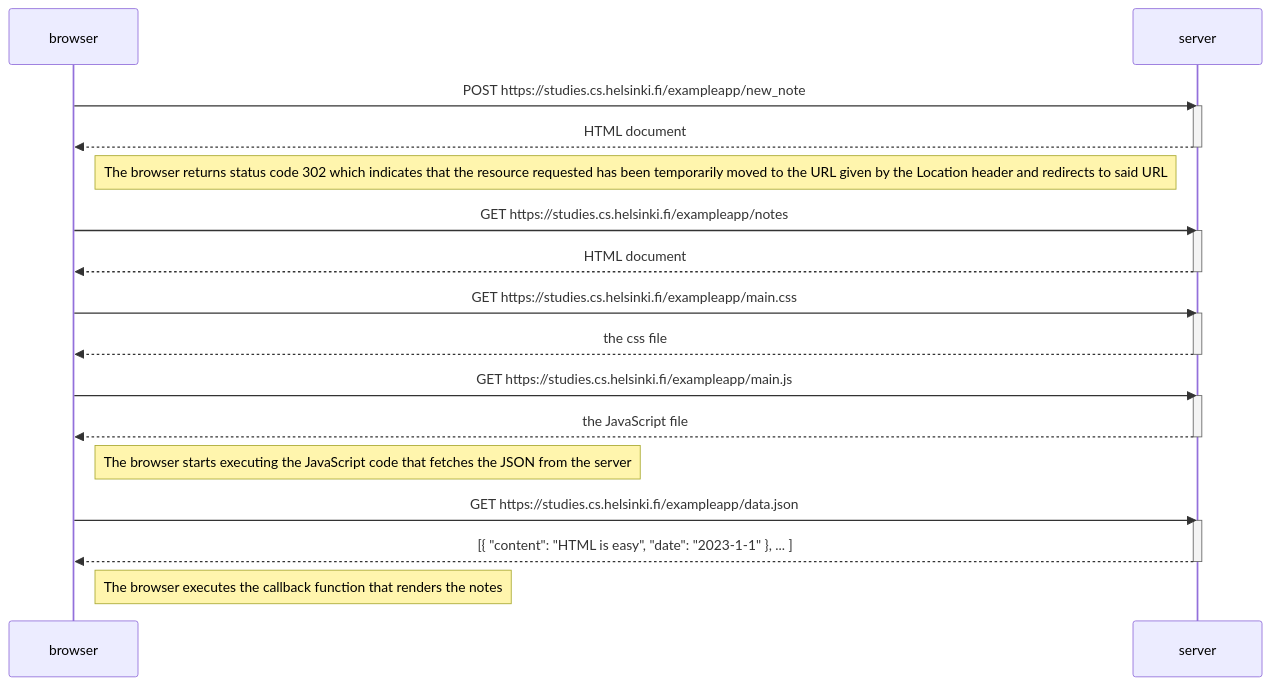
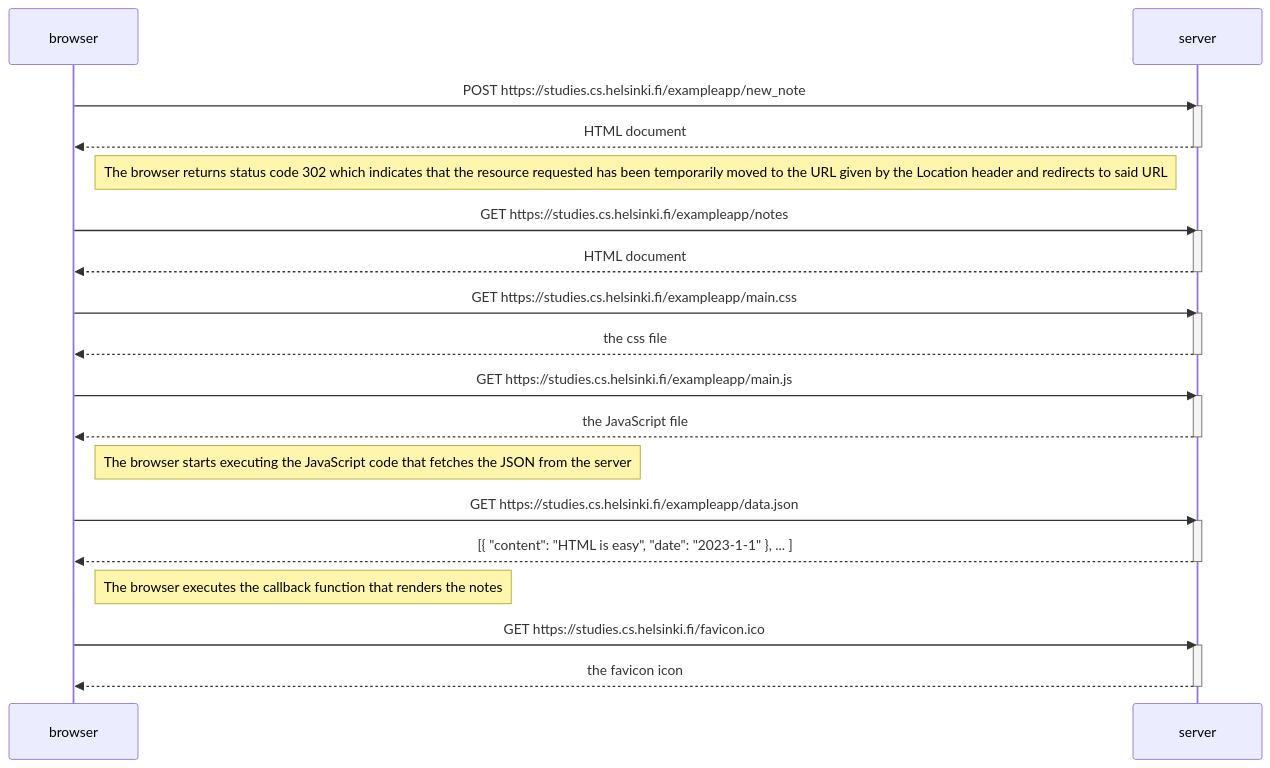
The diagram in part0/04_new_note_diagram.md (Alex070822/fullstackopen), drawn with Mermaid before and after one commit.

Commit message:
Add 0.4: New note diagram solution missing step

````diff
--- a/part0/04_new_note_diagram.md
+++ b/part0/04_new_note_diagram.md
@@ -1,36 +1,41 @@
 ```mermaid
 sequenceDiagram
     participant browser
     participant server
     
     browser->>server: POST https://studies.cs.helsinki.fi/exampleapp/new_note
     activate server
     server-->>browser: HTML document
     deactivate server
     
      Note right of browser: The browser returns status code 302 which indicates that the resource requested has been temporarily moved to the URL given by the Location header and redirects to said URL
 
     browser->>server: GET https://studies.cs.helsinki.fi/exampleapp/notes
     activate server
     server-->>browser: HTML document
     deactivate server
 
     browser->>server: GET https://studies.cs.helsinki.fi/exampleapp/main.css
     activate server
     server-->>browser: the css file
     deactivate server
 
     browser->>server: GET https://studies.cs.helsinki.fi/exampleapp/main.js
     activate server
     server-->>browser: the JavaScript file
     deactivate server
 
     Note right of browser: The browser starts executing the JavaScript code that fetches the JSON from the server
 
     browser->>server: GET https://studies.cs.helsinki.fi/exampleapp/data.json
     activate server
     server-->>browser: [{ "content": "HTML is easy", "date": "2023-1-1" }, ... ]
     deactivate server
 
     Note right of browser: The browser executes the callback function that renders the notes
+    
+    browser->>server: GET https://studies.cs.helsinki.fi/favicon.ico
+    activate server
+    server-->>browser: the favicon icon
+    deactivate server
 ```
````
